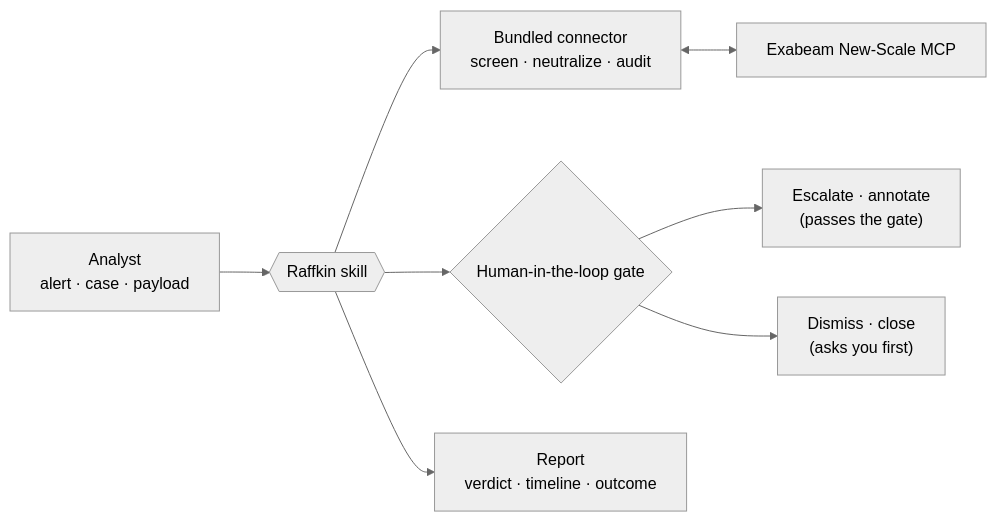
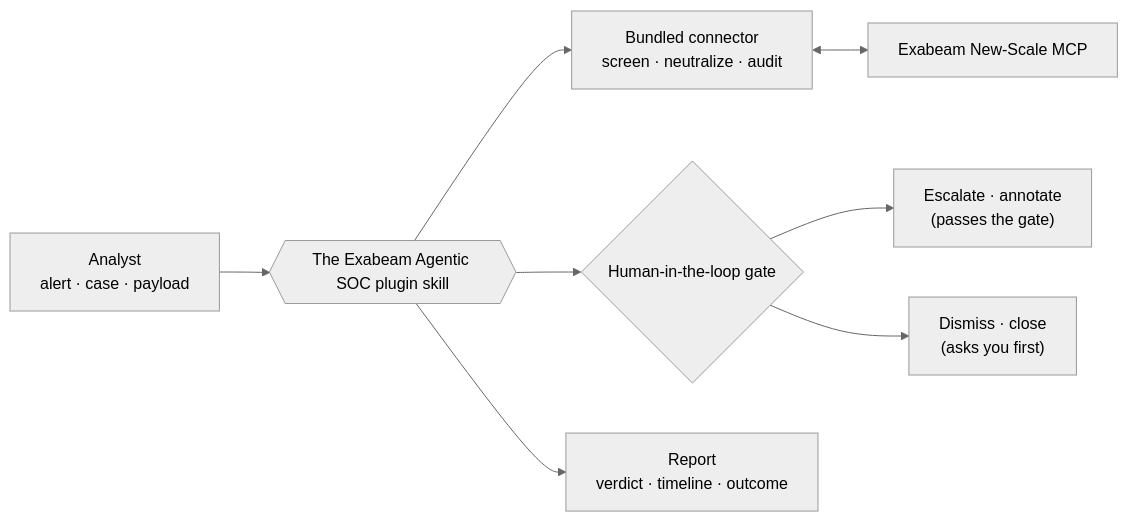
Before and after one commit to Exabeam-Labs/plugins: the diagram in soc/docs/index.md, drawn with Mermaid (neutral theme). The commit also changed other lines of this file and 24 other files, not shown here.

First line of the commit message:
vendor soc 1.0.0 from raffkin 5895ed1 — the docs name the Exabeam Agentic SOC plugin (productName overlay)

````diff
--- a/soc/docs/index.md
+++ b/soc/docs/index.md
@@ -45,10 +45,10 @@
 ```mermaid
 flowchart LR
-  A["Analyst<br/>alert · case · payload"] --> S{{"Raffkin skill"}}
+  A["Analyst<br/>alert · case · payload"] --> S{{"The Exabeam Agentic SOC plugin skill"}}
   S --> C["Bundled connector<br/>screen · neutralize · audit"]
   C <--> X["Exabeam New-Scale MCP"]
   S --> G{"Human-in-the-loop gate"}
   G --> W["Escalate · annotate<br/>(passes the gate)"]
   G --> H["Dismiss · close<br/>(asks you first)"]
   S --> R["Report<br/>verdict · timeline · outcome"]
 ```
````
